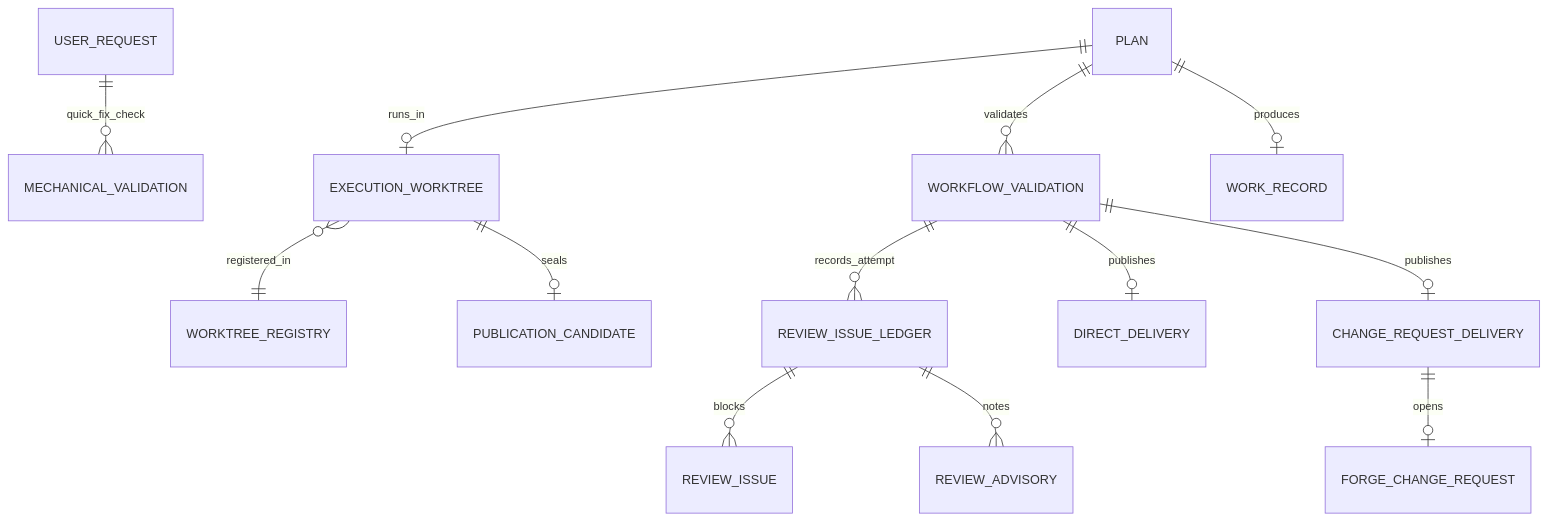
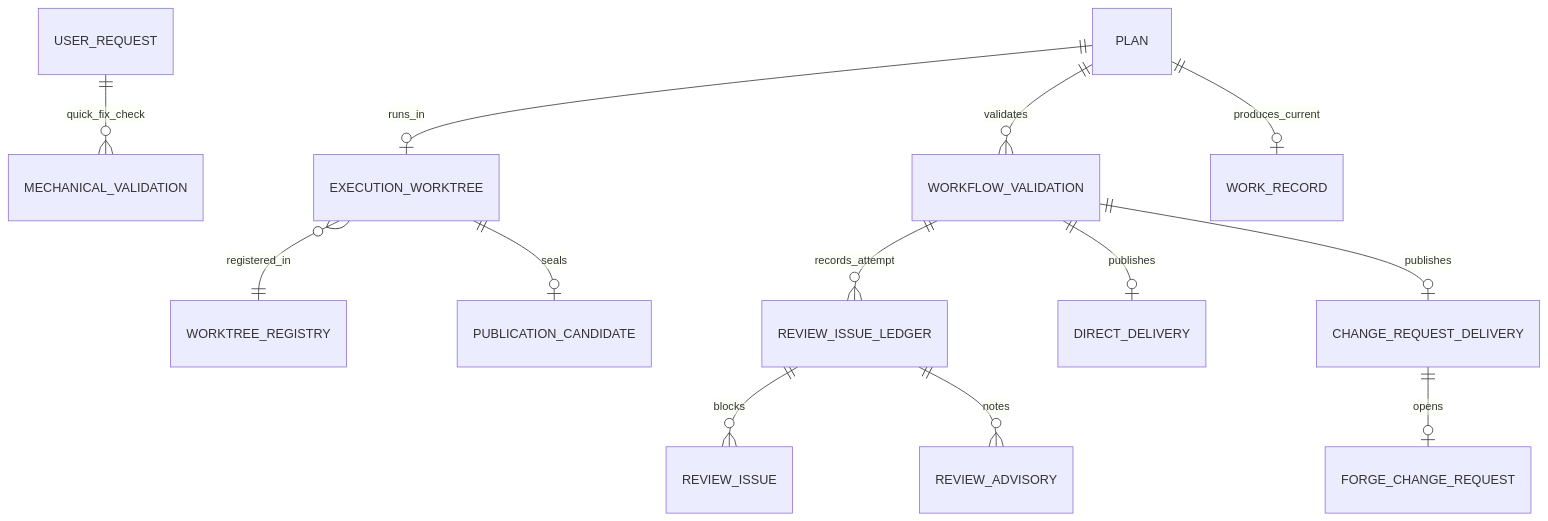
One commit to gandazgul/runwield changed the fourth of 4 diagrams in docs/entity-model.md. Above: the diagram before and after it, drawn with Mermaid. The commit also changed other lines of this file and 8 other files, not shown here.

````diff
--- a/docs/entity-model.md
+++ b/docs/entity-model.md
@@ -106,15 +110,15 @@
 ```mermaid
 erDiagram
     PLAN ||--o| EXECUTION_WORKTREE : runs_in
     EXECUTION_WORKTREE }o--|| WORKTREE_REGISTRY : registered_in
     EXECUTION_WORKTREE ||--o| PUBLICATION_CANDIDATE : seals
     USER_REQUEST ||--o{ MECHANICAL_VALIDATION : quick_fix_check
     PLAN ||--o{ WORKFLOW_VALIDATION : validates
     WORKFLOW_VALIDATION ||--o{ REVIEW_ISSUE_LEDGER : records_attempt
     REVIEW_ISSUE_LEDGER ||--o{ REVIEW_ISSUE : blocks
     REVIEW_ISSUE_LEDGER ||--o{ REVIEW_ADVISORY : notes
     WORKFLOW_VALIDATION ||--o| DIRECT_DELIVERY : publishes
     WORKFLOW_VALIDATION ||--o| CHANGE_REQUEST_DELIVERY : publishes
     CHANGE_REQUEST_DELIVERY ||--o| FORGE_CHANGE_REQUEST : opens
-    PLAN ||--o| WORK_RECORD : produces
+    PLAN ||--o| WORK_RECORD : produces_current
 ```
````
